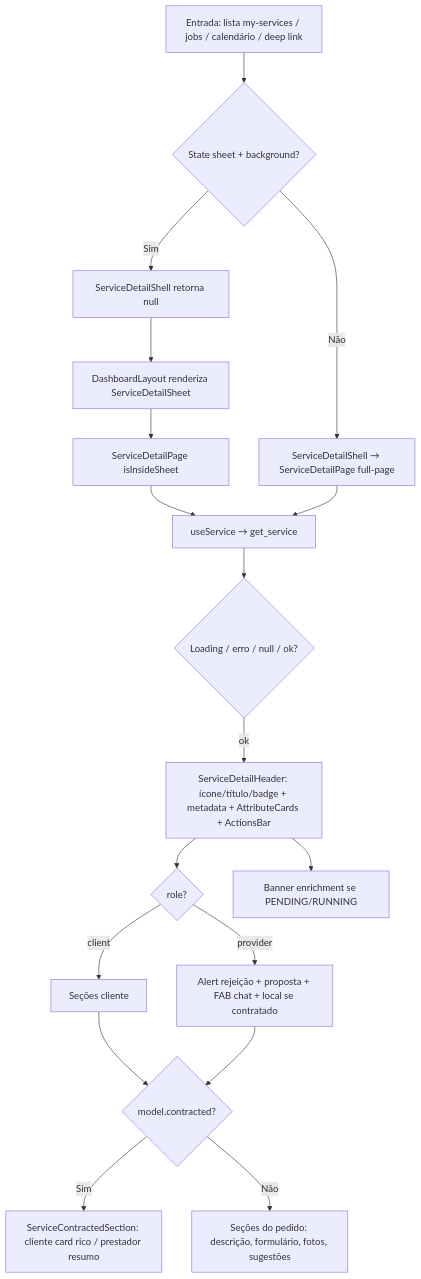
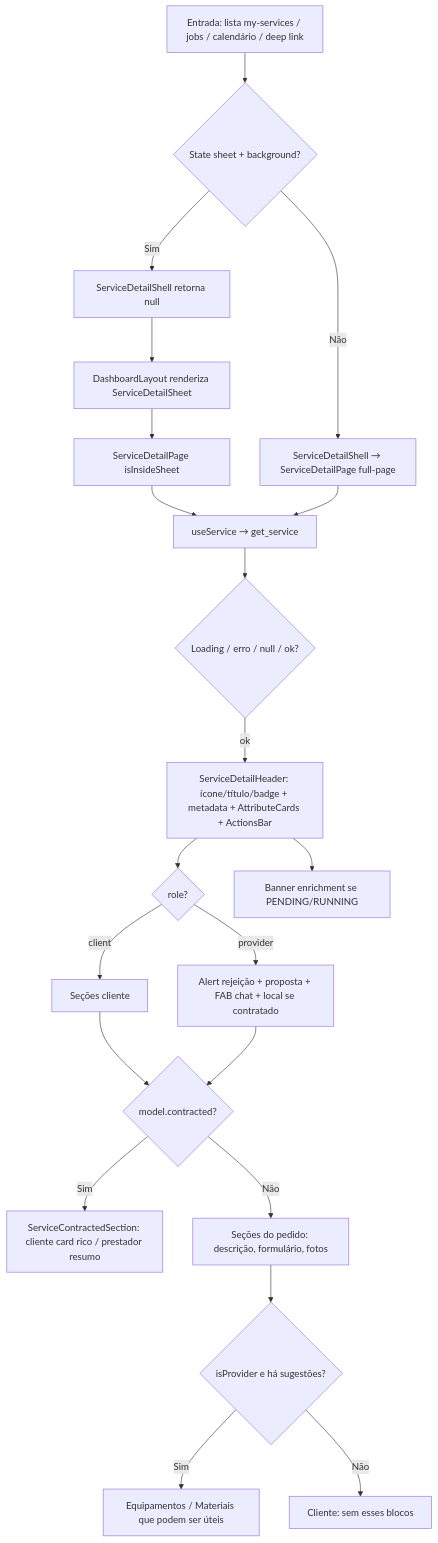
One commit to higorpo/renovi-orbit-test changed the diagram in docs/business/modulos/view-services/features/visualizacao-de-servicos.md. Above: the diagram before and after it, drawn with Mermaid. The commit also changed other lines of this file and 4 other files, not shown here.

````diff
--- a/docs/business/modulos/view-services/features/visualizacao-de-servicos.md
+++ b/docs/business/modulos/view-services/features/visualizacao-de-servicos.md
@@ -63,20 +63,23 @@
 ```mermaid
 flowchart TD
   A[Entrada: lista my-services / jobs / calendário / deep link] --> B{State sheet + background?}
   B -->|Sim| C[ServiceDetailShell retorna null]
   C --> D[DashboardLayout renderiza ServiceDetailSheet]
   D --> E[ServiceDetailPage isInsideSheet]
   B -->|Não| F[ServiceDetailShell → ServiceDetailPage full-page]
   E --> G[useService → get_service]
   F --> G
   G --> H{Loading / erro / null / ok?}
   H -->|ok| I[ServiceDetailHeader: ícone/título/badge + metadata + AttributeCards + ActionsBar]
   I --> J{role?}
   J -->|client| K[Seções cliente]
   J -->|provider| L[Alert rejeição + proposta + FAB chat + local se contratado]
   K --> M{model.contracted?}
   L --> M
   M -->|Sim| N[ServiceContractedSection: cliente card rico / prestador resumo]
-  M -->|Não| O[Seções do pedido: descrição, formulário, fotos, sugestões]
+  M -->|Não| O[Seções do pedido: descrição, formulário, fotos]
+  O --> P{isProvider e há sugestões?}
+  P -->|Sim| Q[Equipamentos / Materiais que podem ser úteis]
+  P -->|Não| R[Cliente: sem esses blocos]
   I --> ENR[Banner enrichment se PENDING/RUNNING]
 ```
````
